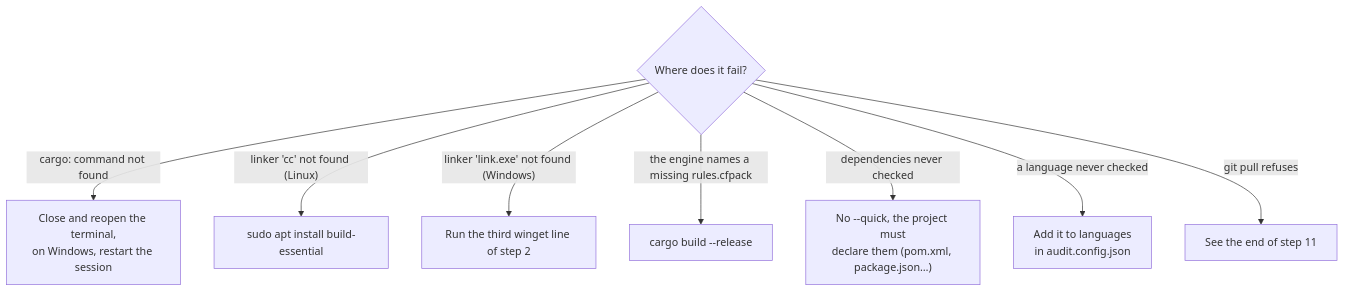
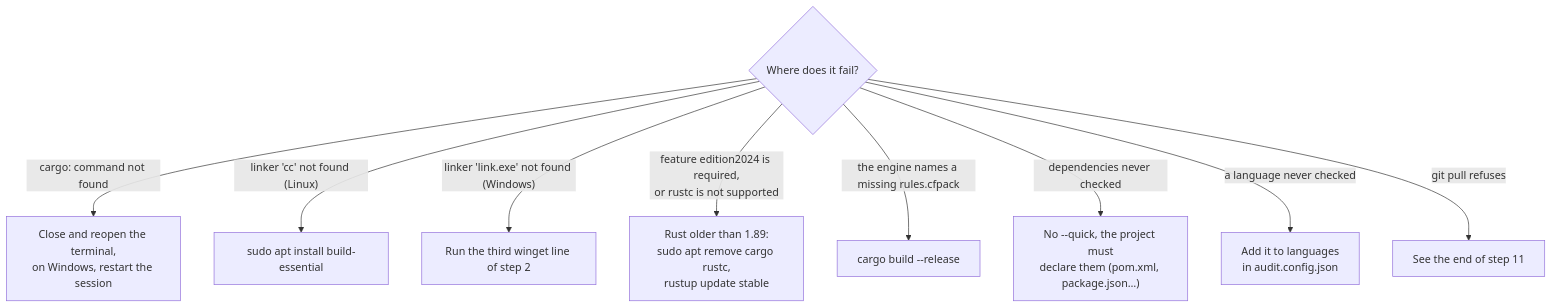
The eighth of 8 diagrams in INSTALLATION.md (ka8t/codefixture-audit-public), drawn with Mermaid before and after one commit. The commit also changed other lines of this file and 2 other files, not shown here.

Commit message:
Installation : Rust 1.89 minimum, déclaré dans Cargo.toml (rust-version) et indiqué par les guides ; le Rust des paquets d'Ubuntu (1.75) échoue sur l'édition 2024 et doit être retiré avant rustup (#265)

````diff
--- a/INSTALLATION.md
+++ b/INSTALLATION.md
@@ -390,11 +392,12 @@
 ```mermaid
 flowchart TD
     P{"Where does it fail?"}
     P -- "cargo: command not found" --> A1["Close and reopen the terminal,<br/>on Windows, restart the session"]
     P -- "linker 'cc' not found (Linux)" --> A2["sudo apt install build-essential"]
     P -- "linker 'link.exe' not found (Windows)" --> A3["Run the third winget line of step 2"]
+    P -- "feature edition2024 is required,<br/>or rustc is not supported" --> A8["Rust older than 1.89:<br/>sudo apt remove cargo rustc,<br/>rustup update stable"]
     P -- "the engine names a missing rules.cfpack" --> A4["cargo build --release"]
     P -- "dependencies never checked" --> A5["No --quick, the project must<br/>declare them (pom.xml, package.json…)"]
     P -- "a language never checked" --> A6["Add it to languages<br/>in audit.config.json"]
     P -- "git pull refuses" --> A7["See the end of step 11"]
 ```
````
